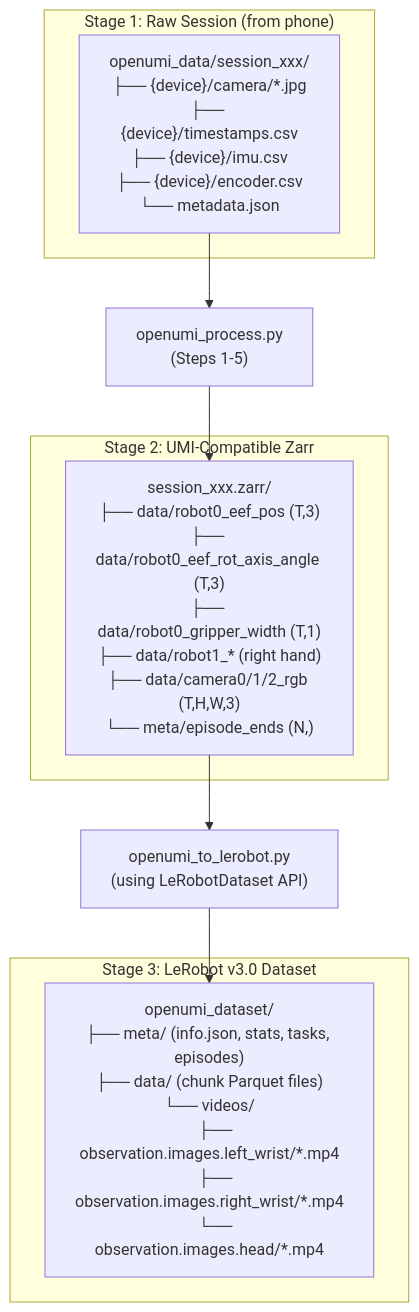
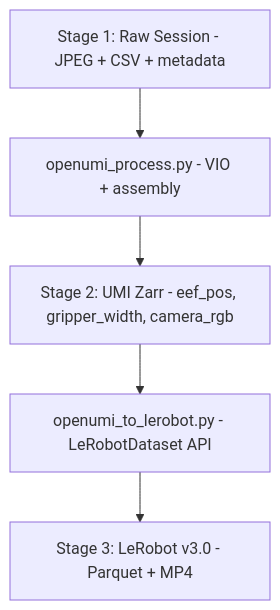
Before and after one commit to Auromix/OpenUMI: the diagram in docs/design/05-pc-pipeline-design.md, drawn with Mermaid. The commit also changed 7 other files, not shown here.

First line of the commit message:
Fix Mermaid diagrams for GitHub rendering compatibility

````diff
--- a/docs/design/05-pc-pipeline-design.md
+++ b/docs/design/05-pc-pipeline-design.md
@@ -11,20 +11,10 @@
 ```mermaid
 graph TD
-    subgraph S1["Stage 1: Raw Session (from phone)"]
-        RAW["openumi_data/session_xxx/<br/>├── {device}/camera/*.jpg<br/>├── {device}/timestamps.csv<br/>├── {device}/imu.csv<br/>├── {device}/encoder.csv<br/>└── metadata.json"]
-    end
+    S1["Stage 1: Raw Session - JPEG + CSV + metadata"]
+    PROC["openumi_process.py - VIO + assembly"]
+    S2["Stage 2: UMI Zarr - eef_pos, gripper_width, camera_rgb"]
+    CONV["openumi_to_lerobot.py - LeRobotDataset API"]
+    S3["Stage 3: LeRobot v3.0 - Parquet + MP4"]
 
-    PROC["openumi_process.py<br/>(Steps 1-5)"]
-
-    subgraph S2["Stage 2: UMI-Compatible Zarr"]
-        ZARR["session_xxx.zarr/<br/>├── data/robot0_eef_pos (T,3)<br/>├── data/robot0_eef_rot_axis_angle (T,3)<br/>├── data/robot0_gripper_width (T,1)<br/>├── data/robot1_* (right hand)<br/>├── data/camera0/1/2_rgb (T,H,W,3)<br/>└── meta/episode_ends (N,)"]
-    end
-
-    CONV["openumi_to_lerobot.py<br/>(using LeRobotDataset API)"]
-
-    subgraph S3["Stage 3: LeRobot v3.0 Dataset"]
-        LR["openumi_dataset/<br/>├── meta/ (info.json, stats, tasks, episodes)<br/>├── data/ (chunk Parquet files)<br/>└── videos/<br/>    ├── observation.images.left_wrist/*.mp4<br/>    ├── observation.images.right_wrist/*.mp4<br/>    └── observation.images.head/*.mp4"]
-    end
-
-    RAW --> PROC --> ZARR --> CONV --> LR
+    S1 --> PROC --> S2 --> CONV --> S3
 ```
````
